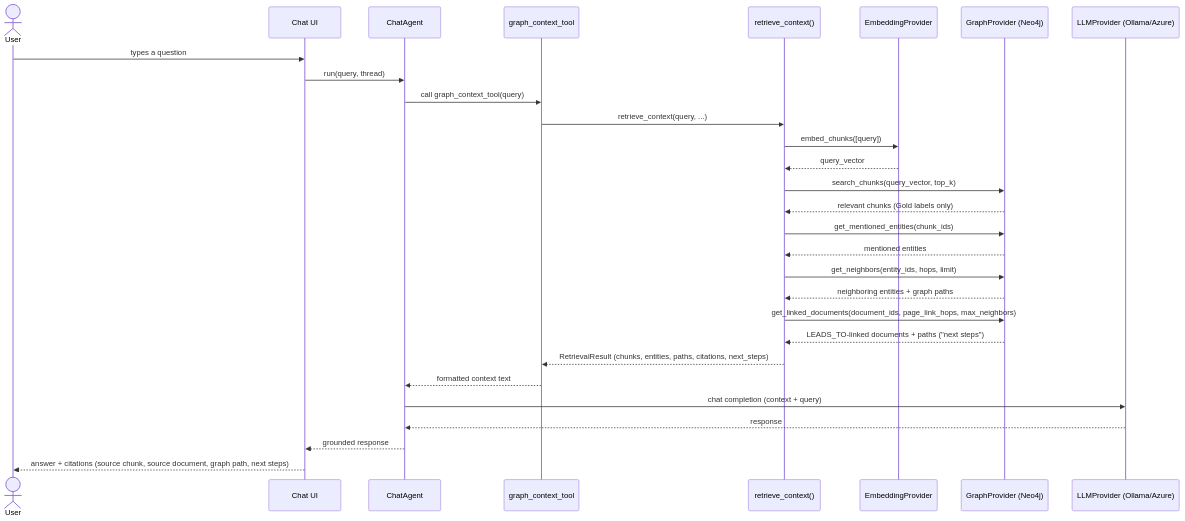
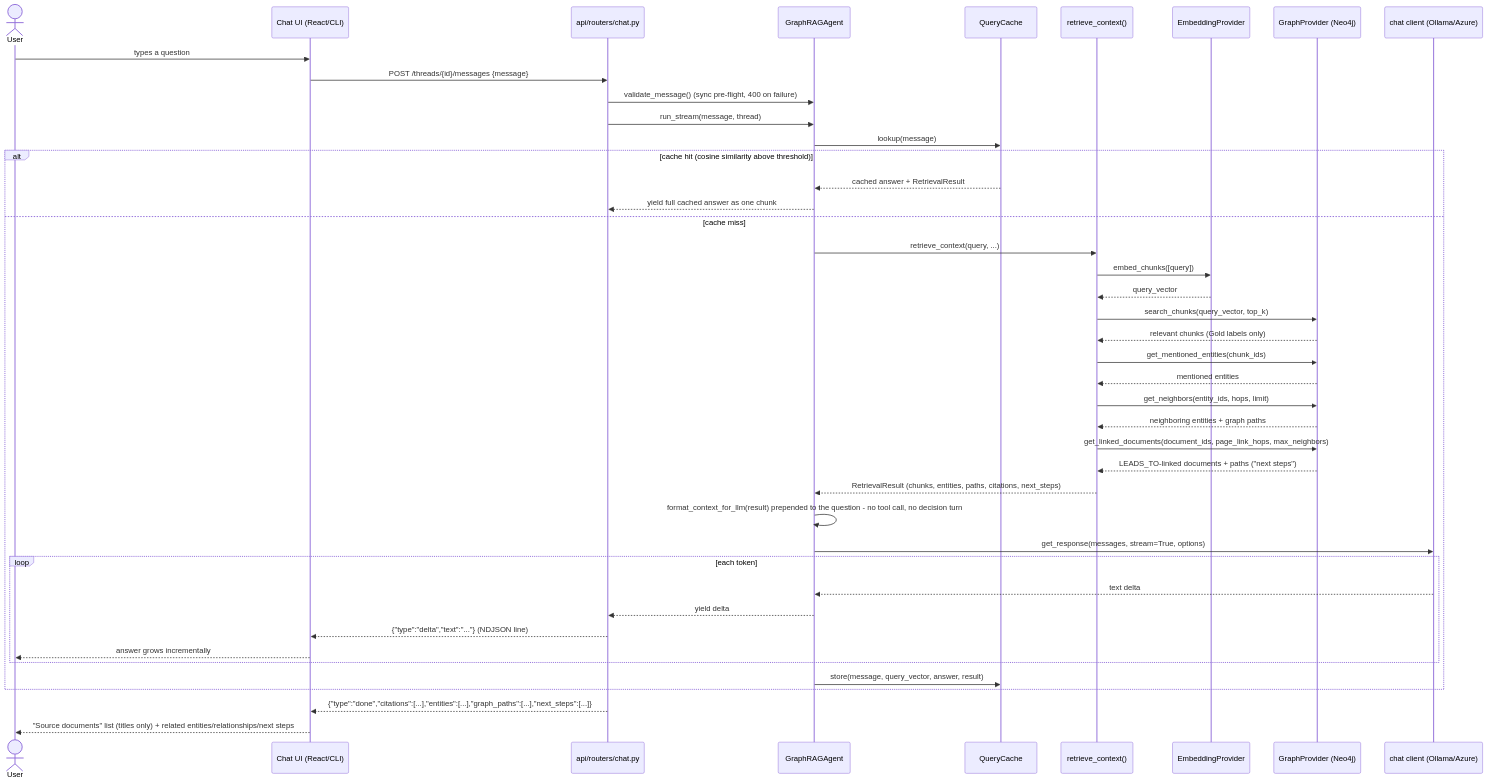
Before and after one commit to prigya-s/Unstructured-Data-to-graph: the second of 2 diagrams in docs/architecture/graphrag_retrieval.md, drawn with Mermaid. The commit also changed other lines of this file and 5 other files, not shown here.

Commit message:
Update architecture documentation

````diff
--- a/docs/architecture/graphrag_retrieval.md
+++ b/docs/architecture/graphrag_retrieval.md
@@ -94,32 +108,46 @@
 ```mermaid
 sequenceDiagram
     actor User
-    participant UI as Chat UI
-    participant Agent as ChatAgent
-    participant Tool as graph_context_tool
+    participant UI as Chat UI (React/CLI)
+    participant API as api/routers/chat.py
+    participant Agent as GraphRAGAgent
+    participant Cache as QueryCache
     participant Retrieval as retrieve_context()
     participant Embed as EmbeddingProvider
     participant Graph as GraphProvider (Neo4j)
-    participant LLM as LLMProvider (Ollama/Azure)
+    participant LLM as chat client (Ollama/Azure)
 
     User->>UI: types a question
-    UI->>Agent: run(query, thread)
-    Agent->>Tool: call graph_context_tool(query)
-    Tool->>Retrieval: retrieve_context(query, ...)
-    Retrieval->>Embed: embed_chunks([query])
-    Embed-->>Retrieval: query_vector
-    Retrieval->>Graph: search_chunks(query_vector, top_k)
-    Graph-->>Retrieval: relevant chunks (Gold labels only)
-    Retrieval->>Graph: get_mentioned_entities(chunk_ids)
-    Graph-->>Retrieval: mentioned entities
-    Retrieval->>Graph: get_neighbors(entity_ids, hops, limit)
-    Graph-->>Retrieval: neighboring entities + graph paths
-    Retrieval->>Graph: get_linked_documents(document_ids, page_link_hops, max_neighbors)
-    Graph-->>Retrieval: LEADS_TO-linked documents + paths ("next steps")
-    Retrieval-->>Tool: RetrievalResult (chunks, entities, paths, citations, next_steps)
-    Tool-->>Agent: formatted context text
-    Agent->>LLM: chat completion (context + query)
-    LLM-->>Agent: response
-    Agent-->>UI: grounded response
-    UI-->>User: answer + citations (source chunk, source document, graph path, next steps)
+    UI->>API: POST /threads/{id}/messages {message}
+    API->>Agent: validate_message() (sync pre-flight, 400 on failure)
+    API->>Agent: run_stream(message, thread)
+    Agent->>Cache: lookup(message)
+    alt cache hit (cosine similarity above threshold)
+        Cache-->>Agent: cached answer + RetrievalResult
+        Agent-->>API: yield full cached answer as one chunk
+    else cache miss
+        Agent->>Retrieval: retrieve_context(query, ...)
+        Retrieval->>Embed: embed_chunks([query])
+        Embed-->>Retrieval: query_vector
+        Retrieval->>Graph: search_chunks(query_vector, top_k)
+        Graph-->>Retrieval: relevant chunks (Gold labels only)
+        Retrieval->>Graph: get_mentioned_entities(chunk_ids)
+        Graph-->>Retrieval: mentioned entities
+        Retrieval->>Graph: get_neighbors(entity_ids, hops, limit)
+        Graph-->>Retrieval: neighboring entities + graph paths
+        Retrieval->>Graph: get_linked_documents(document_ids, page_link_hops, max_neighbors)
+        Graph-->>Retrieval: LEADS_TO-linked documents + paths ("next steps")
+        Retrieval-->>Agent: RetrievalResult (chunks, entities, paths, citations, next_steps)
+        Agent->>Agent: format_context_for_llm(result) prepended to the question - no tool call, no decision turn
+        Agent->>LLM: get_response(messages, stream=True, options)
+        loop each token
+            LLM-->>Agent: text delta
+            Agent-->>API: yield delta
+            API-->>UI: {"type":"delta","text":"..."} (NDJSON line)
+            UI-->>User: answer grows incrementally
+        end
+        Agent->>Cache: store(message, query_vector, answer, result)
+    end
+    API-->>UI: {"type":"done","citations":[...],"entities":[...],"graph_paths":[...],"next_steps":[...]}
+    UI-->>User: "Source documents" list (titles only) + related entities/relationships/next steps
 ```
````
